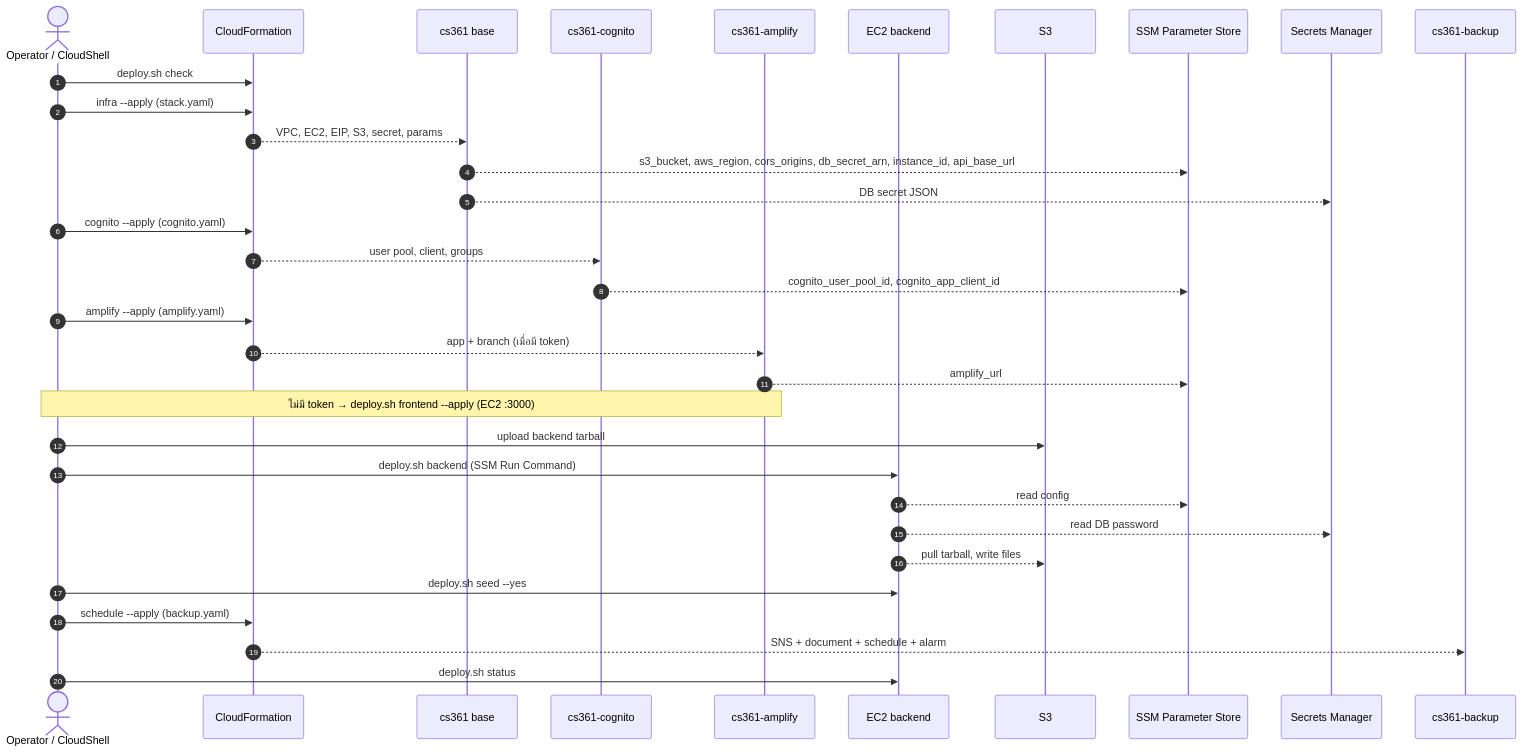
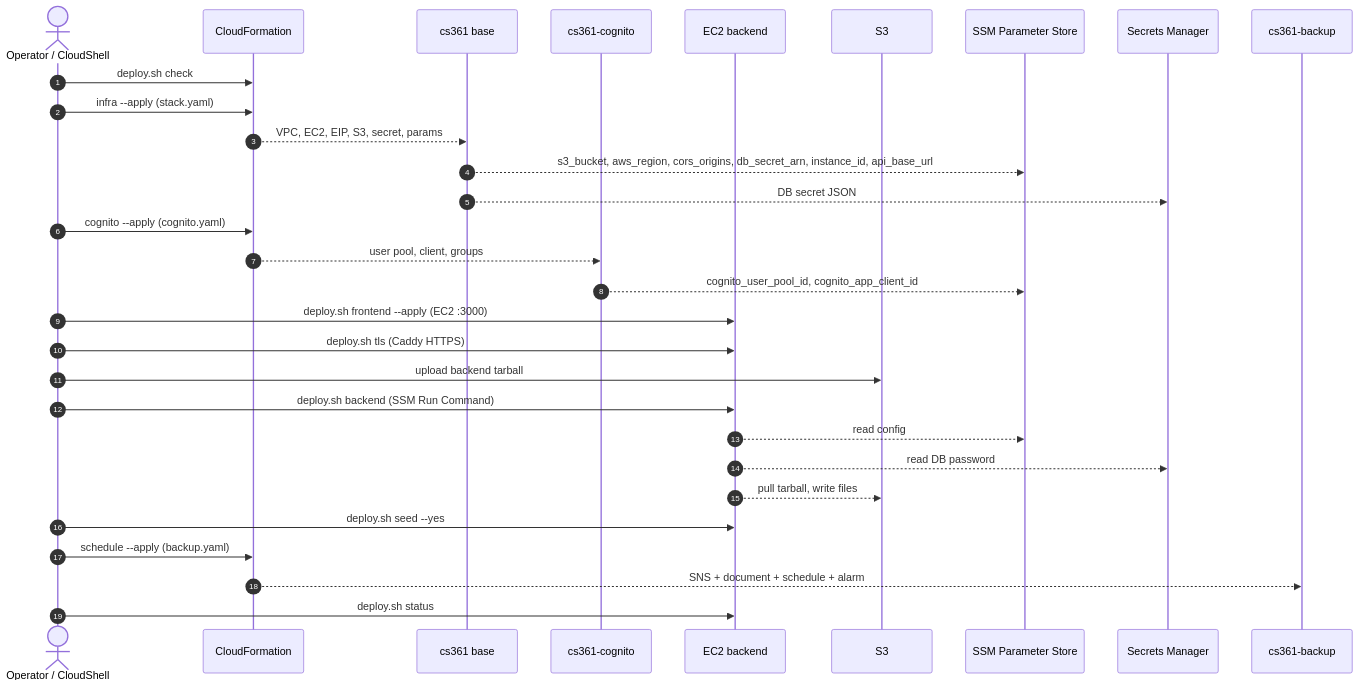
Before and after one commit to sirimongkol0/CS361_G650-15: the second of 4 diagrams in docs/architecture/v5-architecture.md, drawn with Mermaid. The commit also changed other lines of this file and 22 other files, not shown here.

Commit message:
refactor(v5): remove Amplify and use the EC2/Caddy frontend

````diff
--- a/docs/architecture/v5-architecture.md
+++ b/docs/architecture/v5-architecture.md
@@ -121,36 +115,33 @@
 ```mermaid
 sequenceDiagram
   autonumber
   actor Op as Operator / CloudShell
   participant CFN as CloudFormation
   participant Base as cs361 base
   participant Cog as cs361-cognito
-  participant Amp as cs361-amplify
   participant EC2 as EC2 backend
   participant S3 as S3
   participant SSM as SSM Parameter Store
   participant SM as Secrets Manager
   participant Sch as cs361-backup
 
   Op->>CFN: deploy.sh check
   Op->>CFN: infra --apply (stack.yaml)
   CFN-->>Base: VPC, EC2, EIP, S3, secret, params
   Base-->>SSM: s3_bucket, aws_region, cors_origins, db_secret_arn, instance_id, api_base_url
   Base-->>SM: DB secret JSON
   Op->>CFN: cognito --apply (cognito.yaml)
   CFN-->>Cog: user pool, client, groups
   Cog-->>SSM: cognito_user_pool_id, cognito_app_client_id
-  Op->>CFN: amplify --apply (amplify.yaml)
-  CFN-->>Amp: app + branch (เมื่อมี token)
-  Amp-->>SSM: amplify_url
-  Note over Op,Amp: ไม่มี token → deploy.sh frontend --apply (EC2 :3000)
+  Op->>EC2: deploy.sh frontend --apply (EC2 :3000)
+  Op->>EC2: deploy.sh tls (Caddy HTTPS)
   Op->>S3: upload backend tarball
   Op->>EC2: deploy.sh backend (SSM Run Command)
   EC2-->>SSM: read config
   EC2-->>SM: read DB password
   EC2-->>S3: pull tarball, write files
   Op->>EC2: deploy.sh seed --yes
   Op->>CFN: schedule --apply (backup.yaml)
   CFN-->>Sch: SNS + document + schedule + alarm
   Op->>EC2: deploy.sh status
 ```
````
